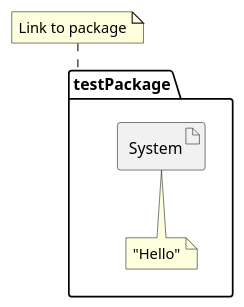
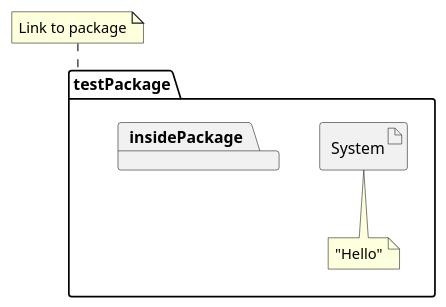
The diagram in packageTest.pu (NoahHakansson/SE-PA1460), drawn with PlantUML before and after one commit.

Commit message:
Added inside package

```diff
--- a/packageTest.pu
+++ b/packageTest.pu
@@ -1,10 +1,13 @@
 @startuml
 
 package testPackage {
     artifact System
+    package insidePackage {
+        
+    }
     note bottom : "Hello"
 }
 note "Link to package" as test
 test .- testPackage
 
 @enduml
```
